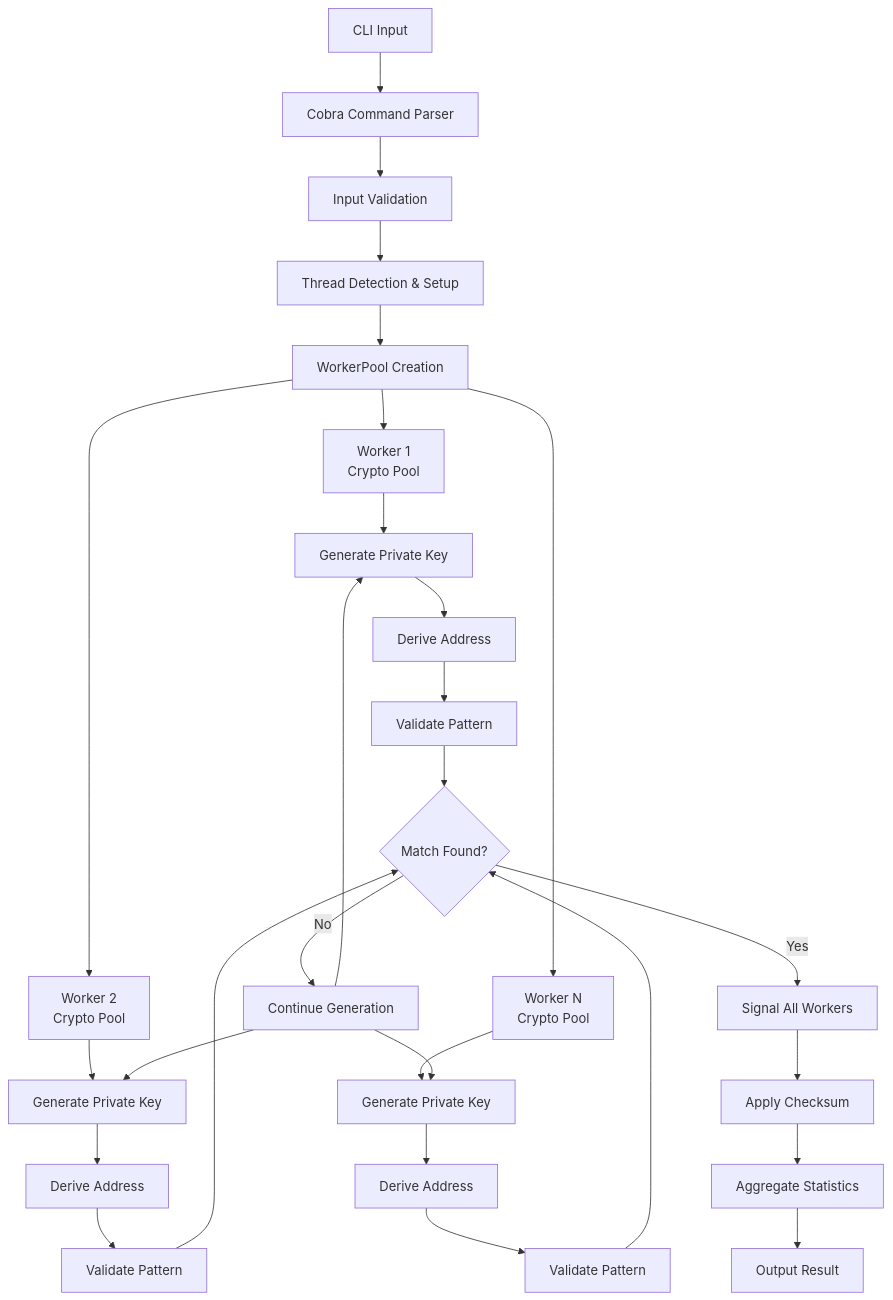
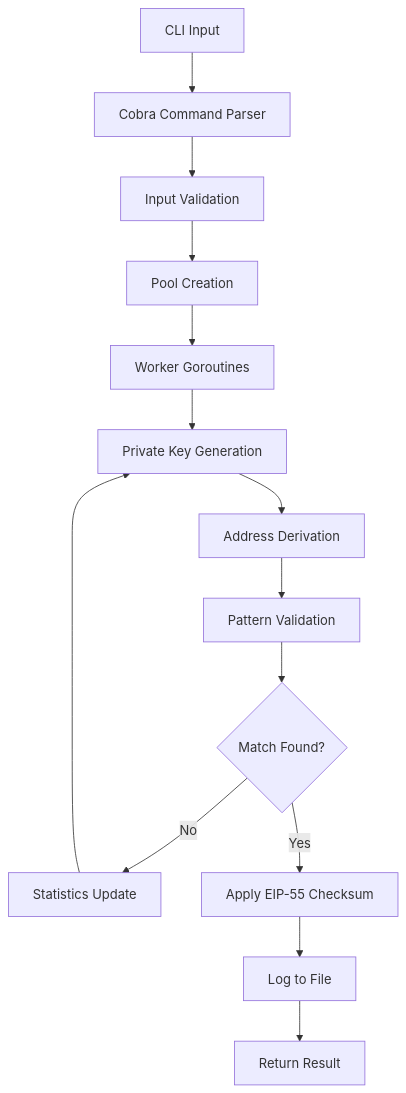
One commit to italoag/bloco-wallet-generator changed the diagram in README.md. Above: the diagram before and after it, drawn with Mermaid. The commit also changed other lines of this file and 1 other file, not shown here.

````diff
--- a/README.md
+++ b/README.md
@@ -412,30 +410,16 @@
 ```mermaid
 graph TD
     A[CLI Input] --> B[Cobra Command Parser]
     B --> C[Input Validation]
-    C --> D[Thread Detection & Setup]
-    D --> E[WorkerPool Creation]
-    E --> F[Worker 1<br/>Crypto Pool]
-    E --> G[Worker 2<br/>Crypto Pool]
-    E --> H[Worker N<br/>Crypto Pool]
-    F --> I[Generate Private Key]
-    G --> J[Generate Private Key]
-    H --> K[Generate Private Key]
-    I --> L[Derive Address]
-    J --> M[Derive Address]
-    K --> N[Derive Address]
-    L --> O[Validate Pattern]
-    M --> P[Validate Pattern]
-    N --> Q[Validate Pattern]
-    O --> R{Match Found?}
-    P --> R
-    Q --> R
-    R -->|No| S[Continue Generation]
-    R -->|Yes| T[Signal All Workers]
-    T --> U[Apply Checksum]
-    U --> V[Aggregate Statistics]
-    V --> W[Output Result]
-    S --> I
-    S --> J
-    S --> K
+    C --> D[Pool Creation]
+    D --> E[Worker Goroutines]
+    E --> F[Private Key Generation]
+    F --> G[Address Derivation]
+    G --> H[Pattern Validation]
+    H --> I{Match Found?}
+    I -->|No| J[Statistics Update]
+    I -->|Yes| K[Apply EIP-55 Checksum]
+    K --> L[Log to File]
+    L --> M[Return Result]
+    J --> F
 ```
````
